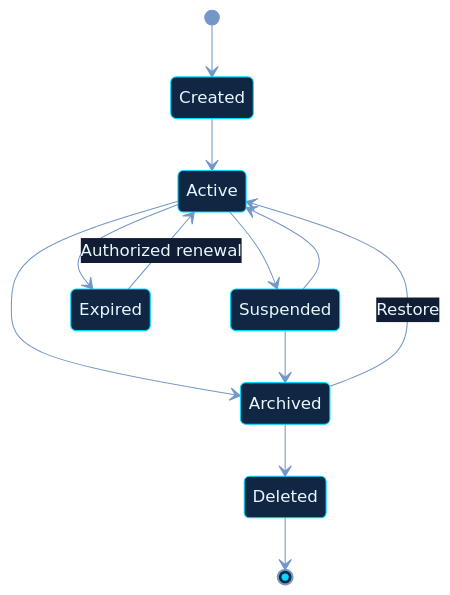
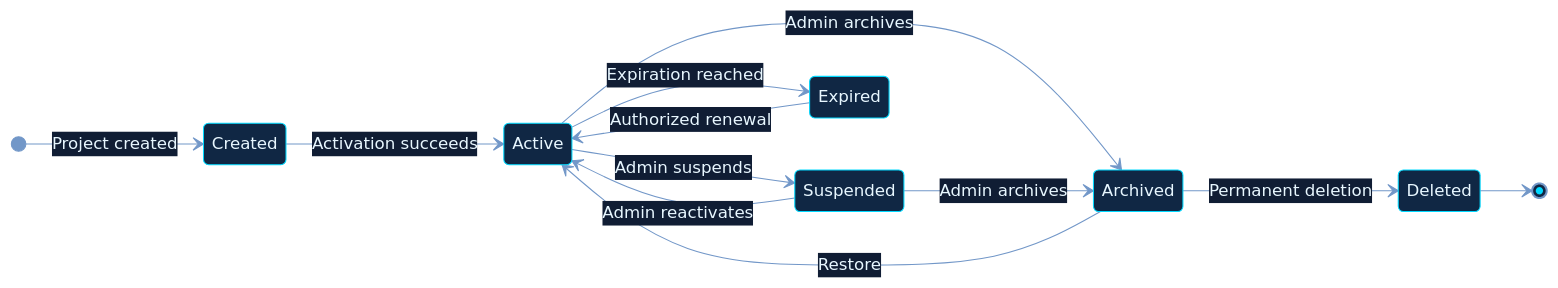
The seventh of 23 diagrams in README.md (shajeduzzamanenan992008inc/NexOra-Database-key-Gen), drawn with Mermaid before and after one commit. The commit also changed other lines of this file, not shown here.

````diff
--- a/README.md
+++ b/README.md
@@ -747,25 +753,32 @@
 ```mermaid
 %%{init: {"theme":"base","themeVariables":{"darkMode":true,"background":"#07111f","primaryColor":"#102744","primaryTextColor":"#e8f7ff","primaryBorderColor":"#00d9ff","lineColor":"#7297c8","secondaryColor":"#261d45","secondaryTextColor":"#f3eaff","secondaryBorderColor":"#a78bfa","tertiaryColor":"#12332b","tertiaryTextColor":"#e0fff1","tertiaryBorderColor":"#41e6a2","fontFamily":"Inter, Segoe UI, sans-serif","edgeLabelBackground":"#101d34","mainBkg":"#102744","nodeBorder":"#00d9ff","clusterBkg":"#0b1930","clusterBorder":"#6f7dff","actorBkg":"#102744","actorBorder":"#00d9ff","actorTextColor":"#e8f7ff","signalColor":"#64d8ff","signalTextColor":"#e8f7ff","noteBkgColor":"#0e332b","noteBorderColor":"#41e6a2","noteTextColor":"#e0fff1"}}}%%
 stateDiagram-v2
-    [*] --> Created
-    Created --> Active
-    Active --> Suspended
-    Active --> Expired
-    Active --> Archived
-    Suspended --> Active
-    Suspended --> Archived
+    direction LR
+    [*] --> Created : Project created
+    Created --> Active : Activation succeeds
+    Active --> Suspended : Admin suspends
+    Active --> Expired : Expiration reached
+    Active --> Archived : Admin archives
+    Suspended --> Active : Admin reactivates
+    Suspended --> Archived : Admin archives
     Expired --> Active : Authorized renewal
     Archived --> Active : Restore
-    Archived --> Deleted
+    Archived --> Deleted : Permanent deletion
     Deleted --> [*]
 
-    %% OMEGA NEX-ORA state colors (native stateDiagram syntax)
-    classDef nxState fill:#102b45,stroke:#3dbcf5,stroke-width:1.5px,color:#e9f6ff;
-    classDef nxActive fill:#0d3b2c,stroke:#3fffa0,stroke-width:2px,color:#e0fff0;
+    %% OMEGA NEX-ORA visual classes
+    %% OMEGA NEX-ORA / ULTRA NEON PALETTE
+    classDef nxCore fill:#092b49,stroke:#00e5ff,stroke-width:2.5px,color:#e9fbff;
+    classDef nxProcess fill:#102b45,stroke:#3dbcf5,stroke-width:1.5px,color:#e9f6ff;
+    classDef nxDecision fill:#2b2050,stroke:#b38cff,stroke-width:2px,color:#f3edff;
+    classDef nxSuccess fill:#0d3b2c,stroke:#3fffa0,stroke-width:2px,color:#e0fff0;
+    classDef nxDanger fill:#451d30,stroke:#ff6688,stroke-width:2px,color:#fff0f3;
+    classDef nxData fill:#12352d,stroke:#63e6be,stroke-width:2px,color:#e1fff5;
+    classDef nxExternal fill:#2b2149,stroke:#c4a5ff,stroke-width:2px,color:#f3ecff;
+    classDef nxInfo fill:#17253e,stroke:#91a7c9,stroke-width:1.5px,color:#e5efff;
     classDef nxWarning fill:#453116,stroke:#fbbf24,stroke-width:2px,color:#fff6d6;
-    classDef nxDanger fill:#451d30,stroke:#ff6688,stroke-width:2px,color:#fff0f3;
-    class Created nxState;
-    class Active nxActive;
+    class Created nxInfo;
+    class Active nxSuccess;
     class Suspended,Archived nxWarning;
     class Expired,Deleted nxDanger;
 ```
````
